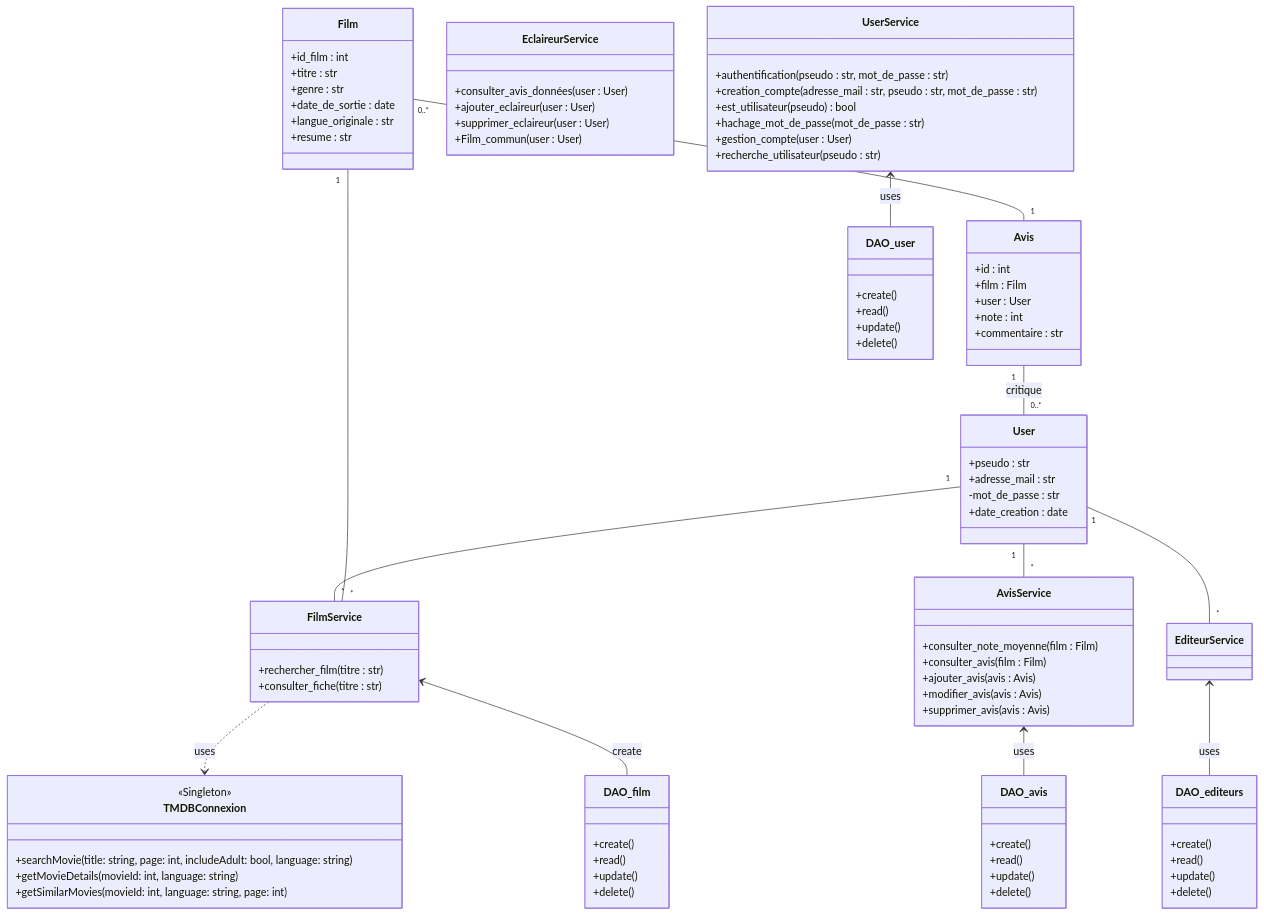
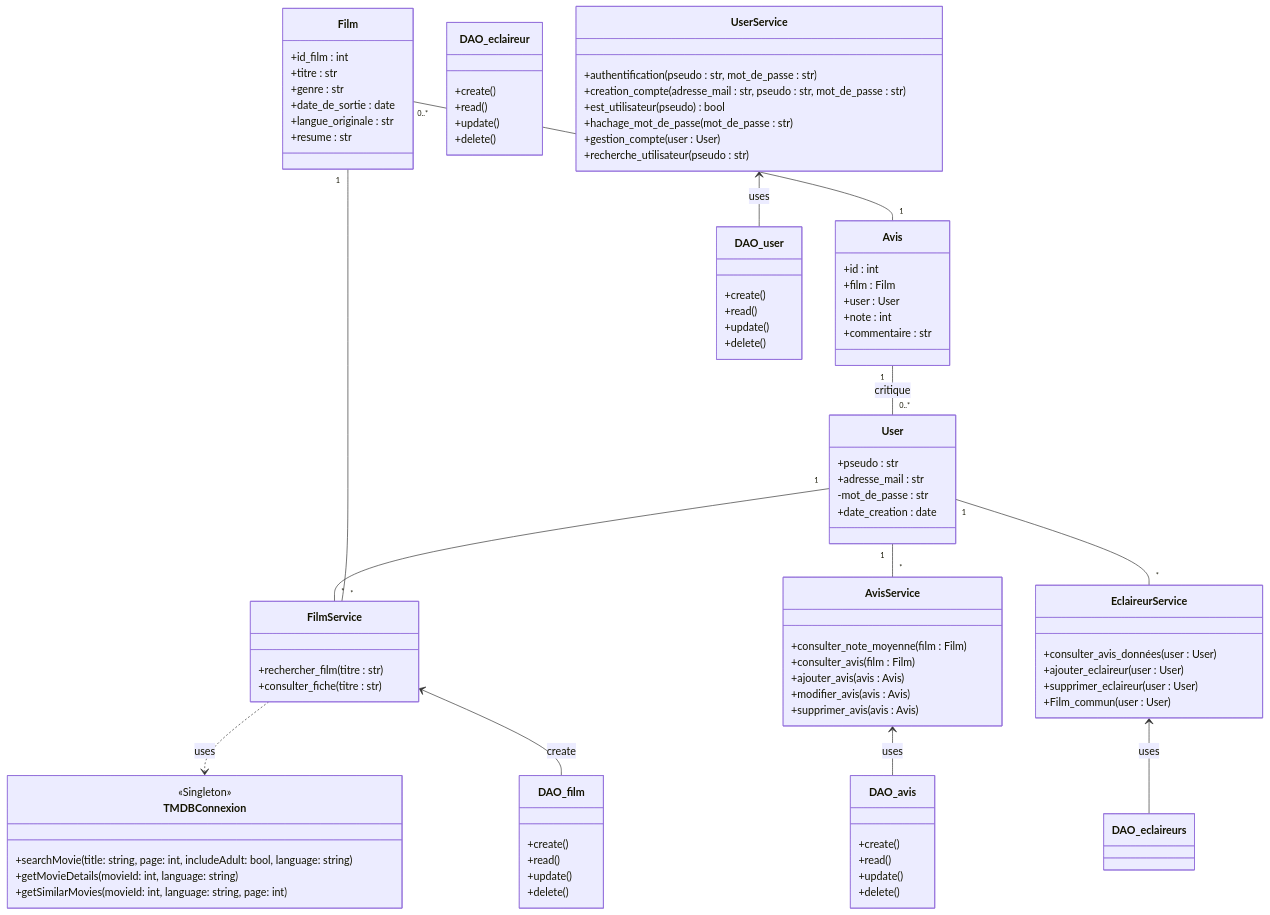
Before and after one commit to id2380/Projet2A_Template: the diagram in doc/Diagramme de classe.md, drawn with Mermaid.

````diff
--- a/doc/Diagramme de classe.md
+++ b/doc/Diagramme de classe.md
@@ -87,7 +87,7 @@
         +delete()
     }
 
-    class DAO_editeurs {
+    class DAO_eclaireur {
         +create()
         +read()
         +update()
@@ -114,7 +114,7 @@
     Avis "1" -- "0..*" User : critique
     User "1" -- "*" FilmService
     User "1" -- "*" AvisService
-    User "1" -- "*" EditeurService
+    User "1" -- "*" EclaireurService
     Film "1" -- "*" FilmService
 
     FilmService ..> TMDBConnexion : uses
@@ -122,6 +122,6 @@
 
     FilmService <-- DAO_film : create
     AvisService <--  DAO_avis : uses
-    EditeurService <--  DAO_editeurs : uses
+    EclaireurService <--  DAO_eclaireurs : uses
     UserService <--  DAO_user : uses
 ```
````
